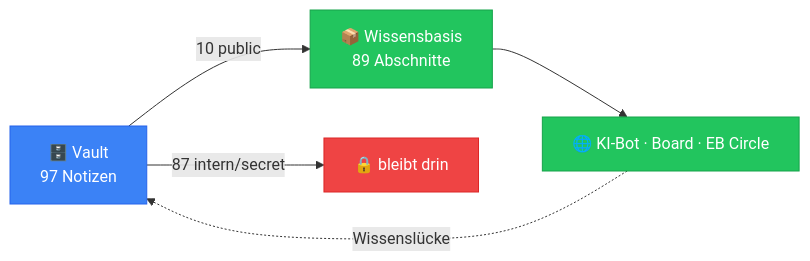
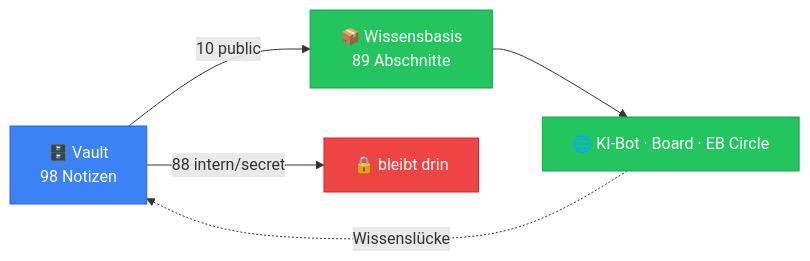
The diagram in vault/00-Kern/Impuls-Strom.md (Sabindro53/eventboerse), drawn with Mermaid before and after one commit. The commit also changed other lines of this file and 19 other files, not shown here.

````diff
--- a/vault/00-Kern/Impuls-Strom.md
+++ b/vault/00-Kern/Impuls-Strom.md
@@ -37,13 +37,13 @@
 ```mermaid
 graph LR
-  V["🗄️ Vault<br/>97 Notizen"] -->|"10 public"| K["📦 Wissensbasis<br/>89 Abschnitte"]
-  V -->|"87 intern/secret"| X["🔒 bleibt drin"]
+  V["🗄️ Vault<br/>98 Notizen"] -->|"10 public"| K["📦 Wissensbasis<br/>89 Abschnitte"]
+  V -->|"88 intern/secret"| X["🔒 bleibt drin"]
   K --> W["🌐 KI-Bot · Board · EB Circle"]
   W -.->|"Wissenslücke"| V
   classDef ok fill:#22c55e,stroke:#16a34a,color:#fff
   classDef block fill:#ef4444,stroke:#dc2626,color:#fff
   classDef sys fill:#3b82f6,stroke:#2563eb,color:#fff
   class K,W ok
   class X block
   class V sys
 ```
````
